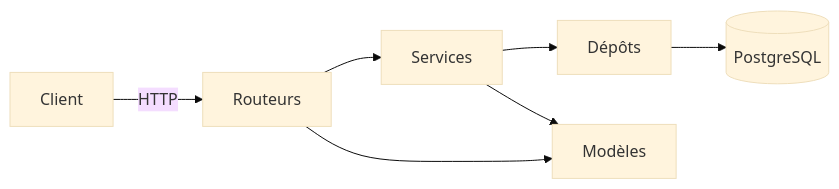
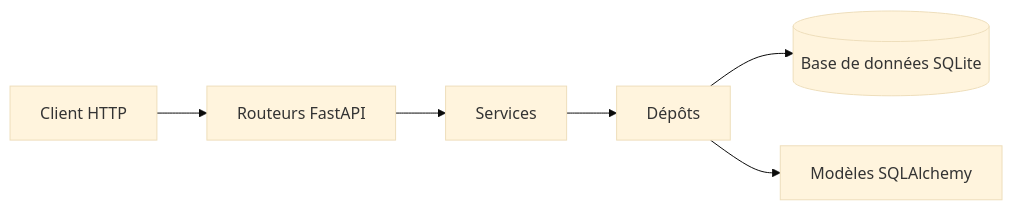
Before and after one commit to hassanasma501-cloud/api-jeux-gr1: the diagram in README.md, drawn with Mermaid (base theme). The commit also changed other lines of this file, not shown here.

Commit message:
docs(readme): intégrer les sections tests, architecture et contribuer du membre 3

````diff
--- a/README.md
+++ b/README.md
@@ -97,9 +98,8 @@
 ```mermaid
 flowchart LR
-    Client -->|HTTP| Routeurs
-    Routeurs --> Services
-    Services --> Dépôts
-    Dépôts --> Base[(PostgreSQL)]
-    Services --> Modèles
-    Routeurs --> Modèles
+    Client[Client HTTP] --> Routeurs[Routeurs FastAPI]
+    Routeurs --> Services[Services]
+    Services --> Depots[Dépôts]
+    Depots --> Base[(Base de données SQLite)]
+    Depots --> Tables[Modèles SQLAlchemy]
 ```
````
